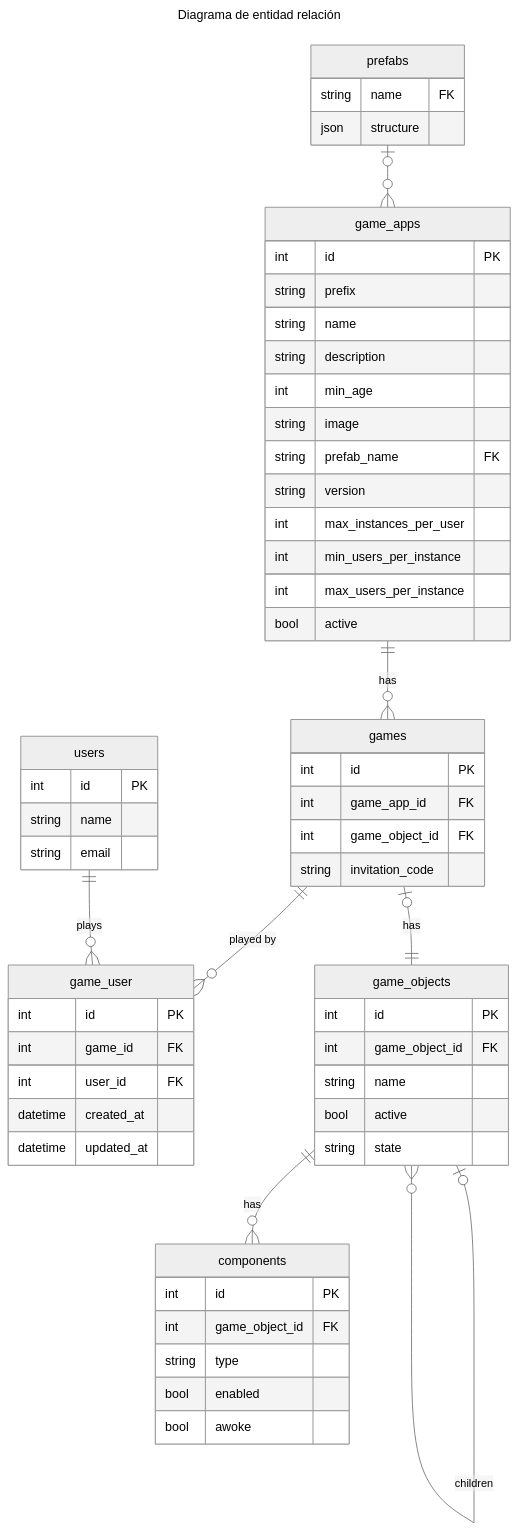
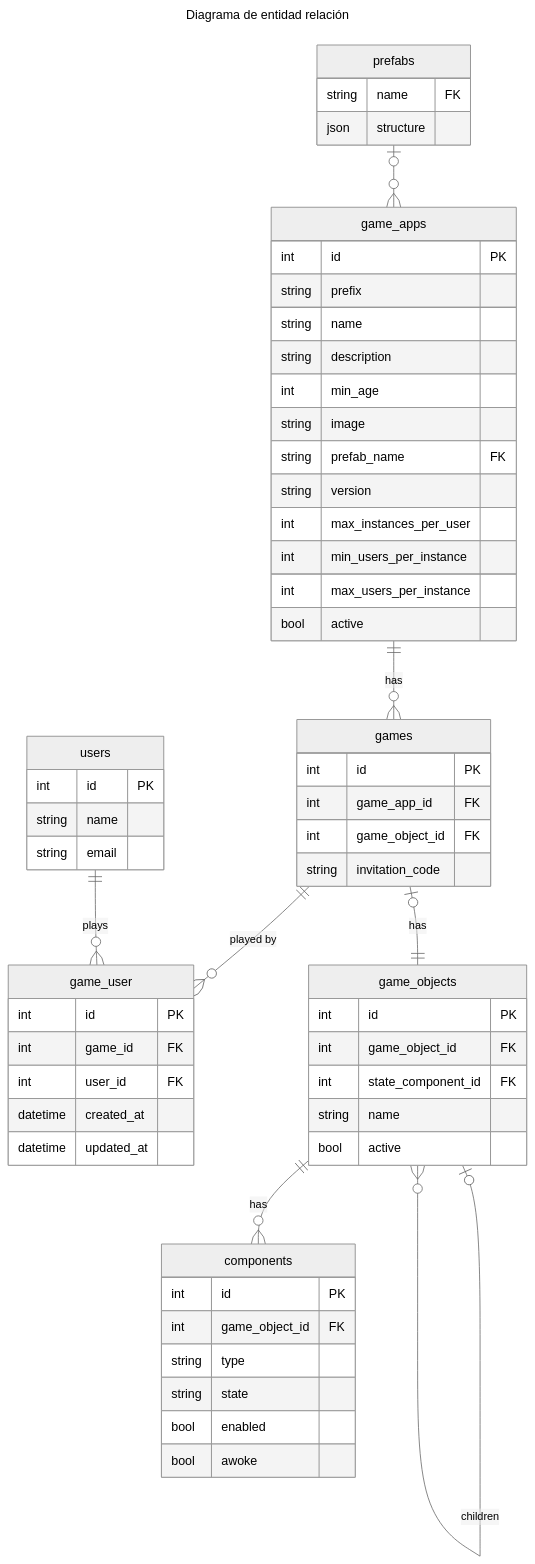
One commit to eormeno/base-project changed the fourth of 4 diagrams in docs/class_diagrams.md. Above: the diagram before and after it, drawn with Mermaid (neutral theme). The commit also changed other lines of this file and 6 other files, not shown here.

````diff
--- a/docs/class_diagrams.md
+++ b/docs/class_diagrams.md
@@ -103,70 +106,71 @@
 ```mermaid
 ---
 title: Diagrama de entidad relación
 ---
 erDiagram
     game_apps ||--o{ games : "has"
     games ||--o{ game_user : "played by"
     game_objects ||--o{ components : "has"
     game_objects one or zero -- zero or many game_objects : "children"
     prefabs one or zero --o{ game_apps : ""
     users ||--o{ game_user : "plays"
     games one or zero -- 1 game_objects : "has"
 
     game_apps {
         int id PK
         string prefix
         string name
         string description
         int min_age
         string image
         string prefab_name FK
         string version
         int max_instances_per_user
         int min_users_per_instance
         int max_users_per_instance
         bool active
     }
 
     games {
         int id PK
         int game_app_id FK
         int game_object_id FK
         string invitation_code
     }
 
     game_user {
         int id PK
         int game_id FK
         int user_id FK
         datetime created_at
         datetime updated_at
     }
 
     prefabs {
         string name FK
         json structure
     }
 
     game_objects {
         int id PK
         int game_object_id FK
+        int state_component_id FK
         string name
         bool active
-        string state
     }
 
     components {
         int id PK
         int game_object_id FK
         string type
+        string state
         bool enabled
         bool awoke
     }
 
     users {
         int id PK
         string name
         string email
     }
 ```
````
